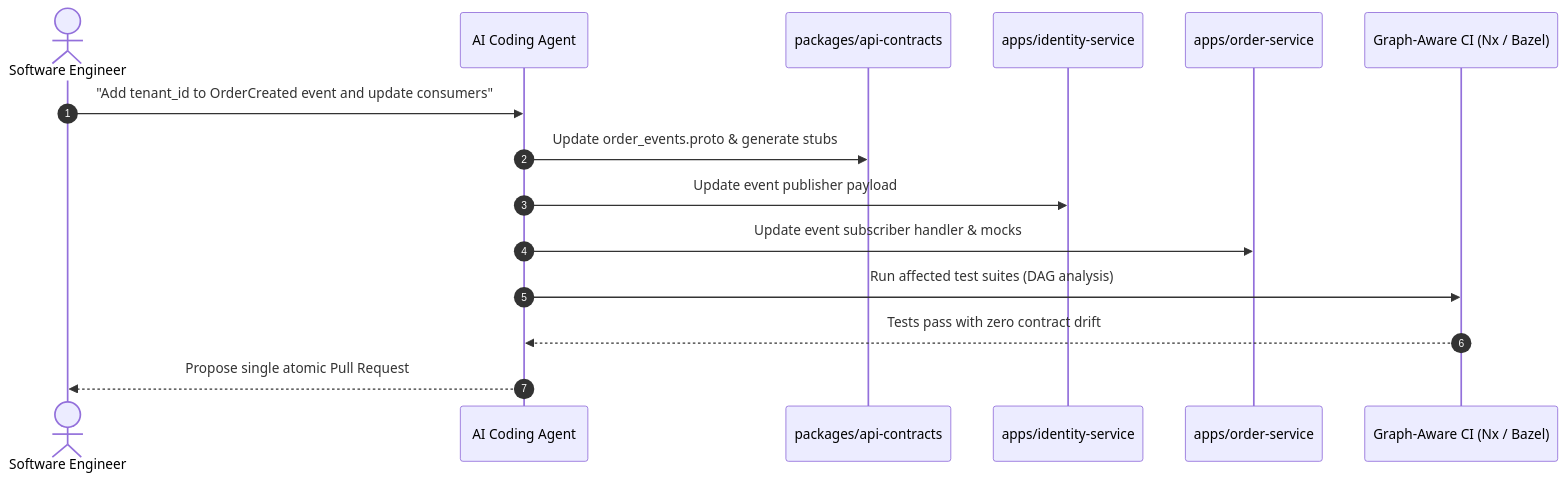
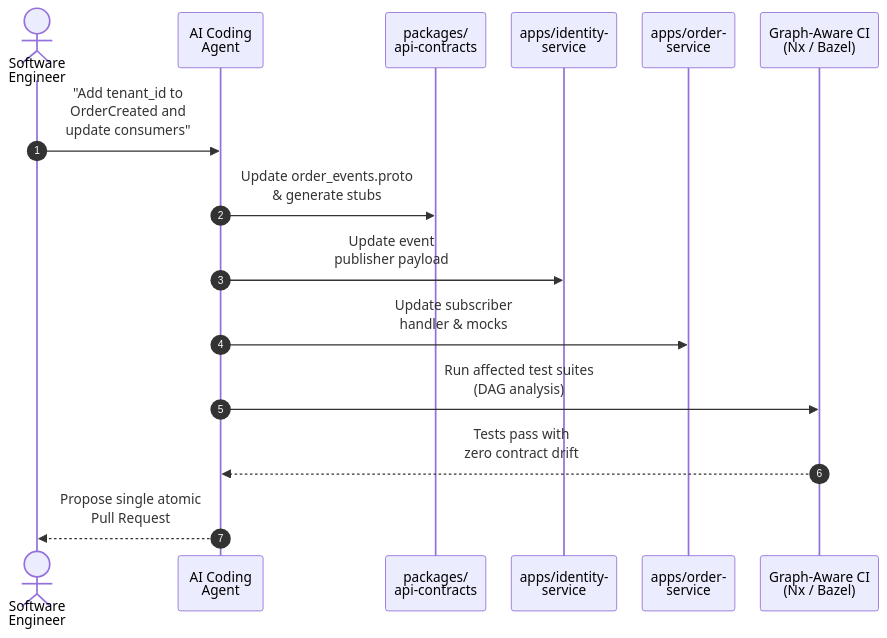
One commit to marcelomiyake/marcelomiyake.github.io changed the second of 2 diagrams in _posts/2026-10-09-ai-adrs-monorepo-microservices.markdown. Above: the diagram before and after it, drawn with Mermaid. The commit also changed other lines of this file and 21 other files, not shown here.

First line of the commit message:
fix(blog): update facts, make diagrams legible, and align translations

````diff
--- a/_posts/2026-10-09-ai-adrs-monorepo-microservices.markdown
+++ b/_posts/2026-10-09-ai-adrs-monorepo-microservices.markdown
@@ -116,20 +116,21 @@
 ```mermaid
+%%{init: {"sequence": {"width": 100, "actorMargin": 30}}}%%
 sequenceDiagram
     accTitle: Atomic cross-cutting refactoring orchestrated by an AI agent in a monorepo
     accDescr: An AI agent modifies a shared protobuf definition in packages/api-contracts, regenerates bindings, updates consumer services in apps/, and verifies all affected test suites in a single atomic pull request.
     autonumber
-    actor Dev as Software Engineer
-    participant Agent as AI Coding Agent
-    participant Contracts as packages/api-contracts
-    participant Identity as apps/identity-service
-    participant Order as apps/order-service
-    participant CI as Graph-Aware CI (Nx / Bazel)
+    actor Dev as Software<br/>Engineer
+    participant Agent as AI Coding<br/>Agent
+    participant Contracts as packages/<br/>api-contracts
+    participant Identity as apps/identity-<br/>service
+    participant Order as apps/order-<br/>service
+    participant CI as Graph-Aware CI<br/>(Nx / Bazel)
 
-    Dev->>Agent: "Add tenant_id to OrderCreated event and update consumers"
-    Agent->>Contracts: Update order_events.proto & generate stubs
-    Agent->>Identity: Update event publisher payload
-    Agent->>Order: Update event subscriber handler & mocks
-    Agent->>CI: Run affected test suites (DAG analysis)
-    CI-->>Agent: Tests pass with zero contract drift
-    Agent-->>Dev: Propose single atomic Pull Request
+    Dev->>Agent: "Add tenant_id to<br/>OrderCreated and<br/>update consumers"
+    Agent->>Contracts: Update order_events.proto<br/>& generate stubs
+    Agent->>Identity: Update event<br/>publisher payload
+    Agent->>Order: Update subscriber<br/>handler & mocks
+    Agent->>CI: Run affected test suites<br/>(DAG analysis)
+    CI-->>Agent: Tests pass with<br/>zero contract drift
+    Agent-->>Dev: Propose single atomic<br/>Pull Request
 ```
````
